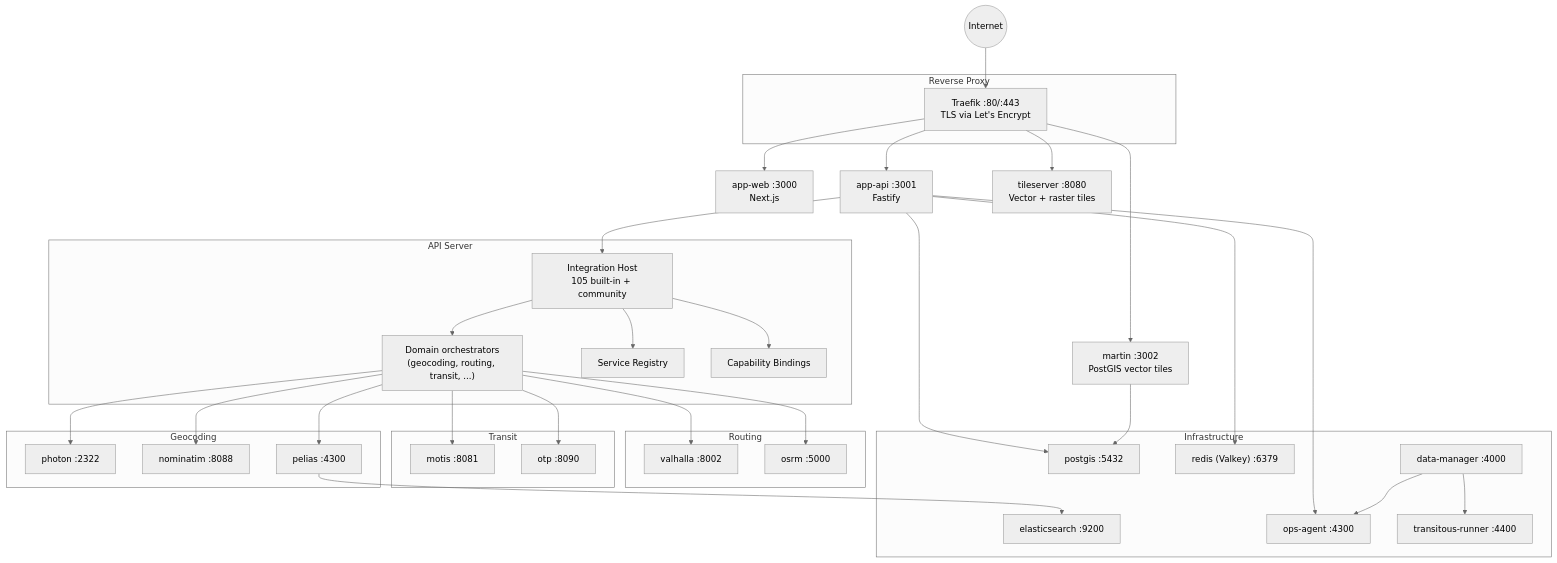
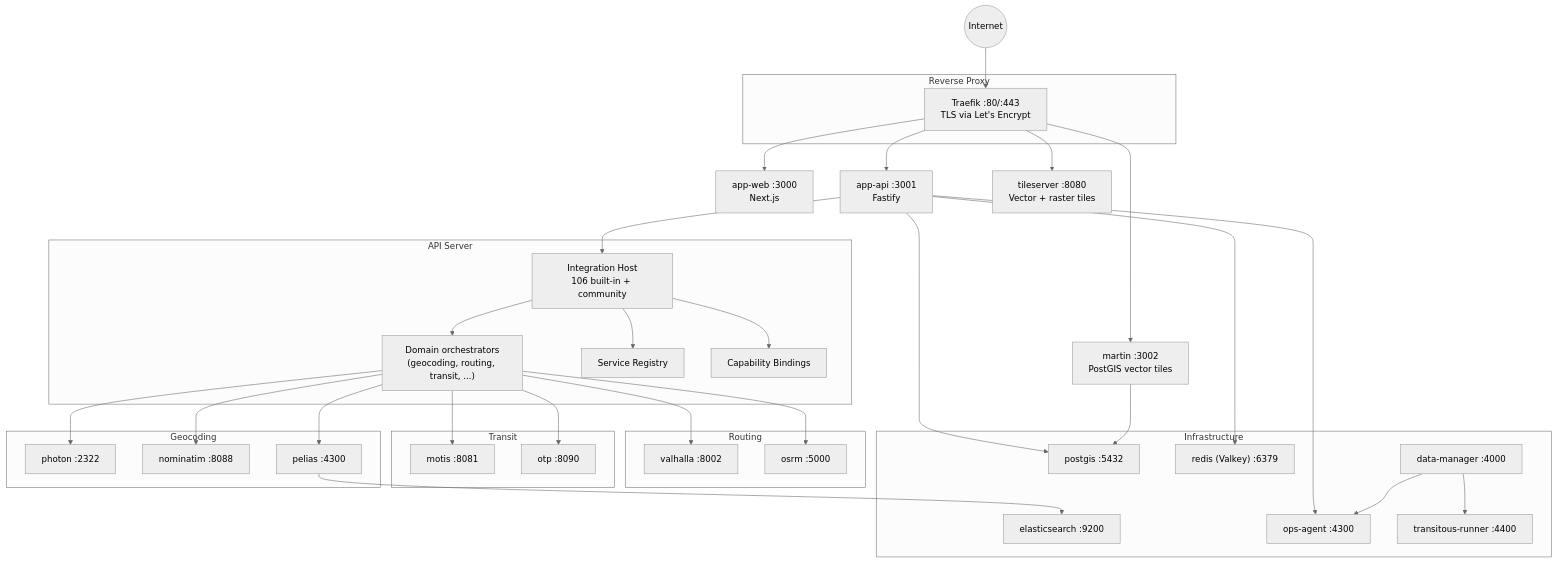
One commit to OpenMapX/openmapx changed the diagram in README.md. Above: the diagram before and after it, drawn with Mermaid (neutral theme). The commit also changed other lines of this file and 115 other files, not shown here.

````diff
--- a/README.md
+++ b/README.md
@@ -53,65 +53,65 @@
 ```mermaid
 graph TD
     Internet((Internet)) --> Traefik
 
     subgraph "Reverse Proxy"
         Traefik["Traefik :80/:443<br/>TLS via Let's Encrypt"]
     end
 
     Traefik --> Web["app-web :3000<br/>Next.js"]
     Traefik --> API["app-api :3001<br/>Fastify"]
     Traefik --> TileServer["tileserver :8080<br/>Vector + raster tiles"]
     Traefik --> Martin["martin :3002<br/>PostGIS vector tiles"]
 
     subgraph "API Server"
-        IntHost["Integration Host<br/>105 built-in + community"]
+        IntHost["Integration Host<br/>106 built-in + community"]
         Orchestrators["Domain orchestrators<br/>(geocoding, routing, transit, ...)"]
         SvcRegistry["Service Registry"]
         Bindings["Capability Bindings"]
     end
 
     API --> IntHost
     IntHost --> Orchestrators
     IntHost --> SvcRegistry
     IntHost --> Bindings
 
     subgraph "Routing"
         Valhalla["valhalla :8002"]
         OSRM["osrm :5000"]
     end
 
     subgraph "Transit"
         MOTIS["motis :8081"]
         OTP["otp :8090"]
     end
 
     subgraph "Geocoding"
         Photon["photon :2322"]
         Nominatim["nominatim :8088"]
         Pelias["pelias :4300"]
     end
 
     subgraph "Infrastructure"
         PG["postgis :5432"]
         Redis["redis (Valkey) :6379"]
         ES["elasticsearch :9200"]
         DM["data-manager :4000"]
         OpsAgent["ops-agent :4300"]
         TransitousRunner["transitous-runner :4400"]
     end
 
     Orchestrators --> Valhalla
     Orchestrators --> OSRM
     Orchestrators --> MOTIS
     Orchestrators --> OTP
     Orchestrators --> Photon
     Orchestrators --> Nominatim
     Orchestrators --> Pelias
     API --> PG
     API --> Redis
     API --> OpsAgent
     DM --> OpsAgent
     DM --> TransitousRunner
     Pelias --> ES
     Martin --> PG
 ```
````
